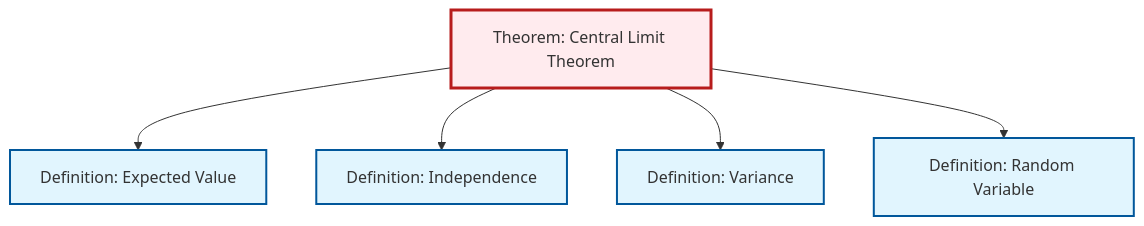
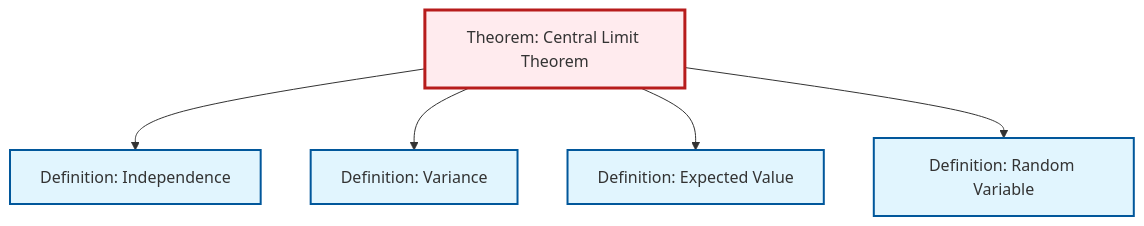
Before and after one commit to RK0429/ModernMath: the second of 2 diagrams in content/en/probability-statistics/thm-central-limit.qmd, drawn with Mermaid. The commit also changed other lines of this file and 554 other files, not shown here.

````diff
--- a/content/en/probability-statistics/thm-central-limit.qmd
+++ b/content/en/probability-statistics/thm-central-limit.qmd
@@ -109,23 +109,23 @@
 ```{mermaid}
 %%| fig-cap: "Local dependency graph"
 graph TD
     classDef definition fill:#e1f5fe,stroke:#01579b,stroke-width:2px
     classDef theorem fill:#f3e5f5,stroke:#4a148c,stroke-width:2px
     classDef axiom fill:#fff3e0,stroke:#e65100,stroke-width:2px
     classDef example fill:#e8f5e9,stroke:#1b5e20,stroke-width:2px
     classDef current fill:#ffebee,stroke:#b71c1c,stroke-width:3px
+    def-variance["Definition: Variance"]:::definition
     def-random-variable["Definition: Random Variable"]:::definition
+    thm-central-limit["Theorem: Central Limit Theorem"]:::theorem
+    def-independence["Definition: Independence"]:::definition
     def-expectation["Definition: Expected Value"]:::definition
-    def-independence["Definition: Independence"]:::definition
-    thm-central-limit["Theorem: Central Limit Theorem"]:::theorem
-    def-variance["Definition: Variance"]:::definition
-    thm-central-limit --> def-expectation
     thm-central-limit --> def-independence
     thm-central-limit --> def-variance
+    thm-central-limit --> def-expectation
     thm-central-limit --> def-random-variable
     class thm-central-limit current
+    click def-variance "def-variance.html" "Go to Variance definition"
     click def-random-variable "def-random-variable.html" "Go to Random Variable definition"
+    click def-independence "def-independence.html" "Go to Independence definition"
     click def-expectation "def-expectation.html" "Go to Expected Value definition"
-    click def-independence "def-independence.html" "Go to Independence definition"
-    click def-variance "def-variance.html" "Go to Variance definition"
 ```
````
